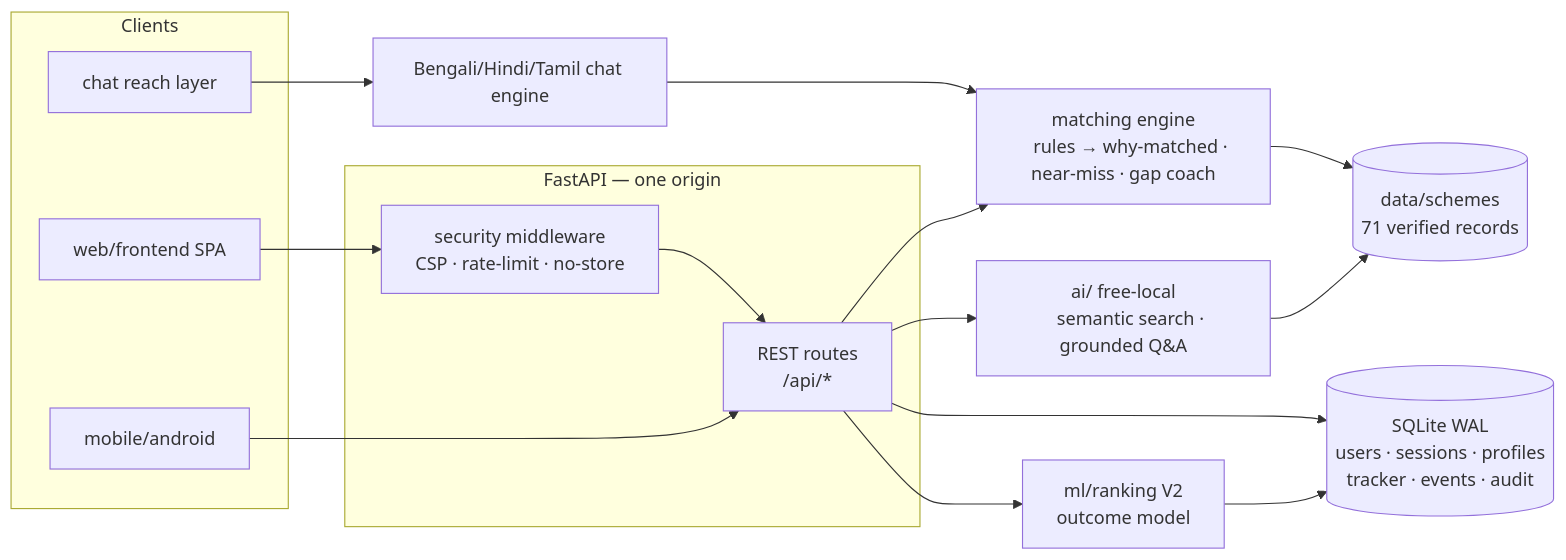
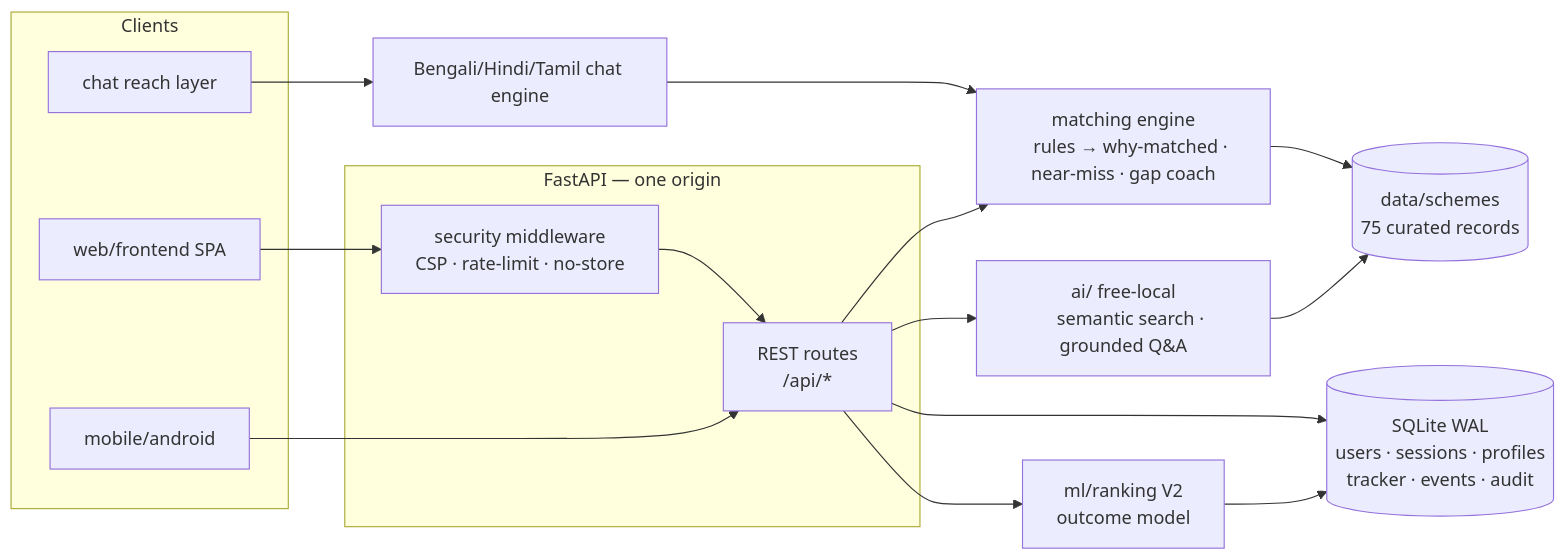
One commit to authorsauravkushwaha/feefix-india changed the diagram in README.md. Above: the diagram before and after it, drawn with Mermaid. The commit also changed other lines of this file and 16 other files, not shown here.

````diff
--- a/README.md
+++ b/README.md
@@ -76,31 +77,31 @@
 ```mermaid
 flowchart LR
     subgraph Clients
         W[web/frontend SPA]
         M[mobile/android]
         C[chat reach layer]
     end
     subgraph API["FastAPI — one origin"]
         R[REST routes
         /api/*]
         SEC[security middleware
         CSP · rate-limit · no-store]
     end
     BEW[Bengali/Hindi/Tamil chat engine] --> ME
     W --> SEC --> R
     M --> R
     C --> BEW
     R --> ME[matching engine
     rules → why-matched · near-miss · gap coach]
     R --> AI[ai/ free-local
     semantic search · grounded Q&A]
     R --> ML[ml/ranking V2
     outcome model]
     R --> DB[("SQLite WAL
     users · sessions · profiles
     tracker · events · audit")]
     ME --> SC[("data/schemes
-    71 verified records")]
+    75 curated records")]
     AI --> SC
     ML --> DB
 ```
````
